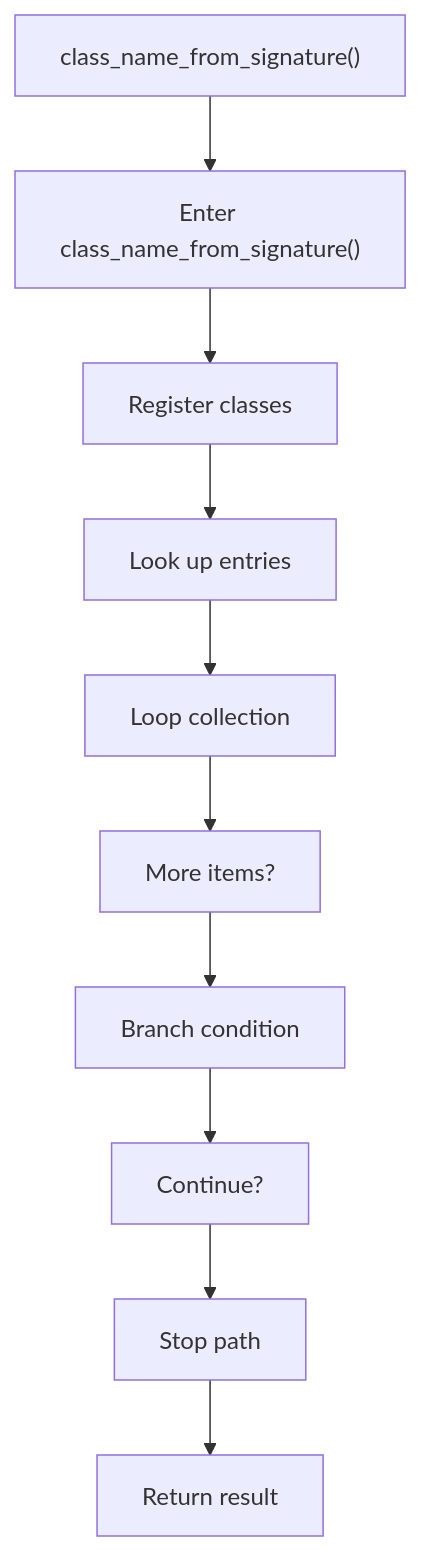
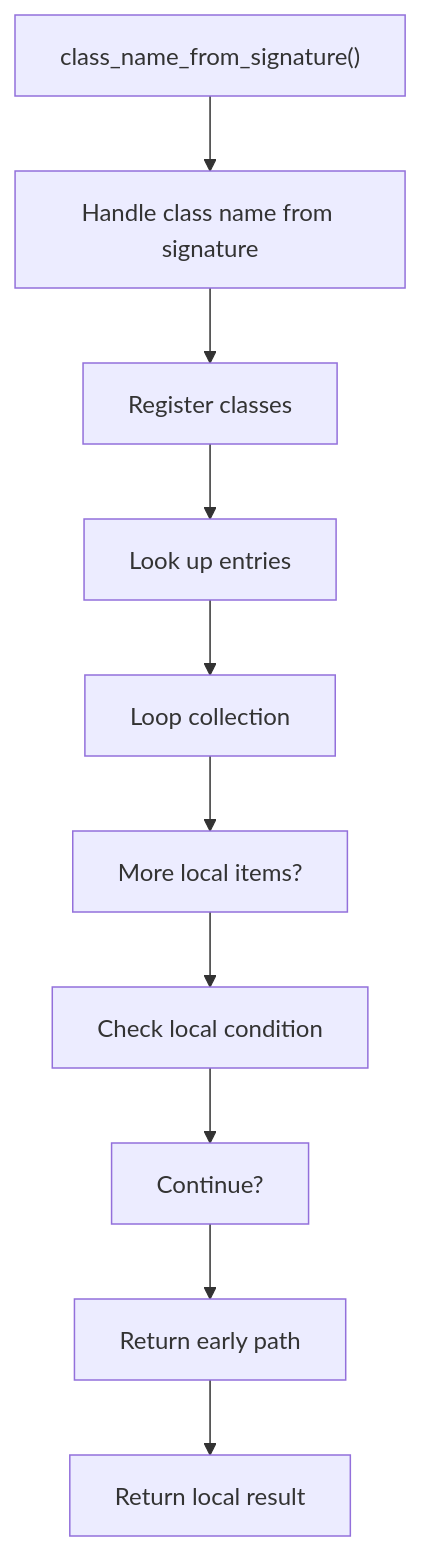
One commit to JohnAndrewBalbarosa/NeoTerritory changed the first of 2 diagrams in docs/Codebase/Microservice/Modules/Source/Analysis/ImplementationUse/Resolution/Symbols/Resolve/Flow/functions/class_name_from_signature.cpp.md. Above: the diagram before and after it, drawn with Mermaid. The commit also changed other lines of this file and 925 other files, not shown here.

````diff
--- a/docs/Codebase/Microservice/Modules/Source/Analysis/ImplementationUse/Resolution/Symbols/Resolve/Flow/functions/class_name_from_signature.cpp.md
+++ b/docs/Codebase/Microservice/Modules/Source/Analysis/ImplementationUse/Resolution/Symbols/Resolve/Flow/functions/class_name_from_signature.cpp.md
@@ -26,22 +26,22 @@
 ```mermaid
 flowchart TD
     N0["class_name_from_signature()"]
-    N1["Enter class_name_from_signature()"]
+    N1["Handle class name from signature"]
     N2["Register classes"]
     N3["Look up entries"]
     N4["Loop collection"]
-    N5["More items?"]
-    N6["Branch condition"]
+    N5["More local items?"]
+    N6["Check local condition"]
     N7["Continue?"]
-    N8["Stop path"]
-    N9["Return result"]
+    N8["Return early path"]
+    N9["Return local result"]
     N0 --> N1
     N1 --> N2
     N2 --> N3
     N3 --> N4
     N4 --> N5
     N5 --> N6
     N6 --> N7
     N7 --> N8
     N8 --> N9
 ```
````
